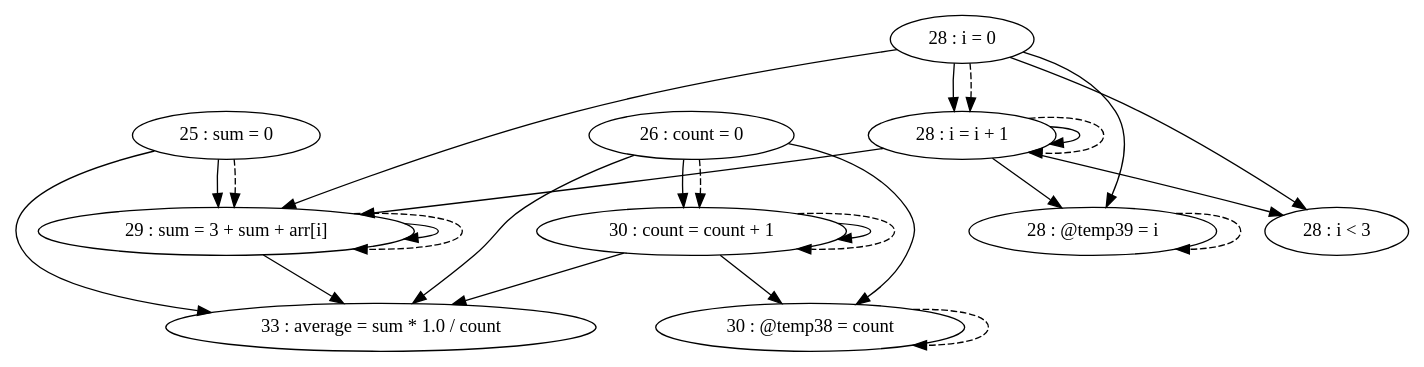
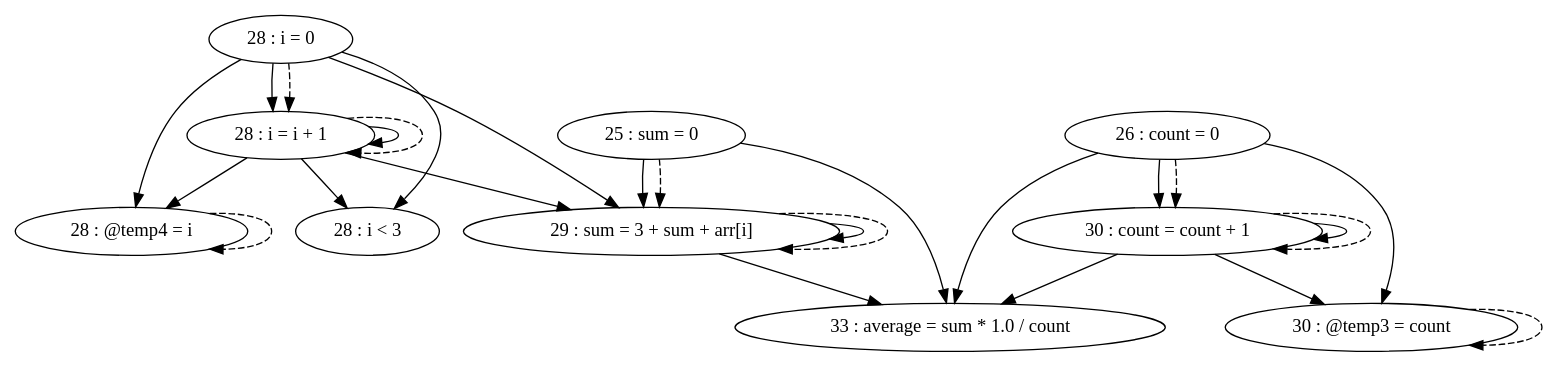
One commit to thomassimko/thesis-code-duplication changed the diagram in pdg/source/testFiles/TestCases/TestCase8/TestCase8-test2.gv. Above: the diagram before and after it, drawn with Graphviz. The commit also changed 3297 other files, not shown here.

```diff
--- a/pdg/source/testFiles/TestCases/TestCase8/TestCase8-test2.gv
+++ b/pdg/source/testFiles/TestCases/TestCase8/TestCase8-test2.gv
@@ -1,38 +1,38 @@
 digraph G {
 "25 : sum = 0"
+"25 : sum = 0" -> "33 : average = sum * 1.0 / count"
 "25 : sum = 0" -> "29 : sum = 3 + sum + arr[i]"
-"25 : sum = 0" -> "33 : average = sum * 1.0 / count"
 "25 : sum = 0" -> "29 : sum = 3 + sum + arr[i]" [style=dashed]
 "26 : count = 0"
-"26 : count = 0" -> "30 : @temp38 = count"
 "26 : count = 0" -> "30 : count = count + 1"
+"26 : count = 0" -> "30 : @temp3 = count"
 "26 : count = 0" -> "33 : average = sum * 1.0 / count"
 "26 : count = 0" -> "30 : count = count + 1" [style=dashed]
 "28 : i = 0"
+"28 : i = 0" -> "28 : i < 3"
+"28 : i = 0" -> "29 : sum = 3 + sum + arr[i]"
+"28 : i = 0" -> "28 : @temp4 = i"
 "28 : i = 0" -> "28 : i = i + 1"
-"28 : i = 0" -> "29 : sum = 3 + sum + arr[i]"
-"28 : i = 0" -> "28 : @temp39 = i"
-"28 : i = 0" -> "28 : i < 3"
 "28 : i = 0" -> "28 : i = i + 1" [style=dashed]
 "28 : i < 3"
 "29 : sum = 3 + sum + arr[i]"
+"29 : sum = 3 + sum + arr[i]" -> "33 : average = sum * 1.0 / count"
 "29 : sum = 3 + sum + arr[i]" -> "29 : sum = 3 + sum + arr[i]"
-"29 : sum = 3 + sum + arr[i]" -> "33 : average = sum * 1.0 / count"
 "29 : sum = 3 + sum + arr[i]" -> "29 : sum = 3 + sum + arr[i]" [style=dashed]
-"30 : @temp38 = count"
-"30 : @temp38 = count" -> "30 : @temp38 = count" [style=dashed]
+"30 : @temp3 = count"
+"30 : @temp3 = count" -> "30 : @temp3 = count" [style=dashed]
 "30 : count = count + 1"
-"30 : count = count + 1" -> "30 : @temp38 = count"
 "30 : count = count + 1" -> "30 : count = count + 1"
+"30 : count = count + 1" -> "30 : @temp3 = count"
 "30 : count = count + 1" -> "33 : average = sum * 1.0 / count"
 "30 : count = count + 1" -> "30 : count = count + 1" [style=dashed]
-"28 : @temp39 = i"
-"28 : @temp39 = i" -> "28 : @temp39 = i" [style=dashed]
+"28 : @temp4 = i"
+"28 : @temp4 = i" -> "28 : @temp4 = i" [style=dashed]
 "28 : i = i + 1"
+"28 : i = i + 1" -> "28 : i < 3"
+"28 : i = i + 1" -> "29 : sum = 3 + sum + arr[i]"
+"28 : i = i + 1" -> "28 : @temp4 = i"
 "28 : i = i + 1" -> "28 : i = i + 1"
-"28 : i = i + 1" -> "29 : sum = 3 + sum + arr[i]"
-"28 : i = i + 1" -> "28 : @temp39 = i"
-"28 : i = i + 1" -> "28 : i < 3"
 "28 : i = i + 1" -> "28 : i = i + 1" [style=dashed]
 "33 : average = sum * 1.0 / count"
 }
```
